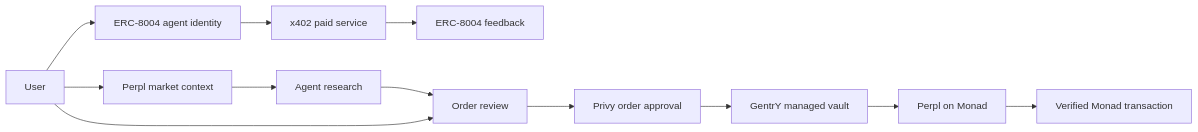
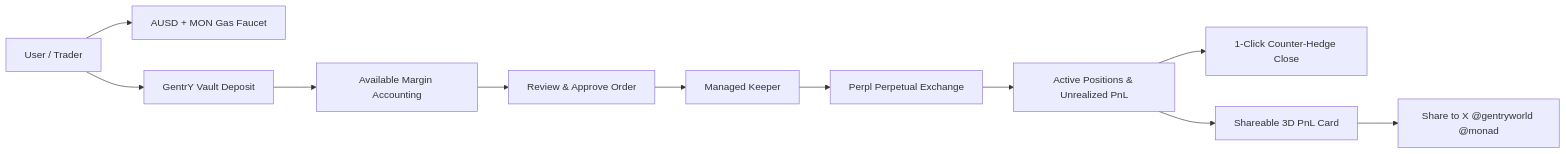
The diagram in README.md (Datwebguy/gentryworld), drawn with Mermaid before and after one commit. The commit also changed other lines of this file, not shown here.

Commit message:
docs: update README with vault collateral system, 3D PnL cards, contract addresses, and architecture

````diff
--- a/README.md
+++ b/README.md
@@ -58,14 +72,13 @@
 ```mermaid
 flowchart LR
-    User[User] --> Market[Perpl market context]
-    Market --> Research[Agent research]
-    User --> Registry[ERC-8004 agent identity]
-    Registry --> Service[x402 paid service]
-    Service --> Feedback[ERC-8004 feedback]
-    Research --> Review[Order review]
-    User --> Review
-    Review --> Approval[Privy order approval]
-    Approval --> Vault[GentrY managed vault]
-    Vault --> Perpl[Perpl on Monad]
-    Perpl --> Proof[Verified Monad transaction]
+    User[User / Trader] --> Faucet[AUSD + MON Gas Faucet]
+    User --> Vault[GentrY Vault Deposit]
+    Vault --> Margin[Available Margin Accounting]
+    Margin --> Order[Review & Approve Order]
+    Order --> Keeper[Managed Keeper]
+    Keeper --> Perpl[Perpl Perpetual Exchange]
+    Perpl --> Position[Active Positions & Unrealized PnL]
+    Position --> Close[1-Click Counter-Hedge Close]
+    Position --> Share[Shareable 3D PnL Card]
+    Share --> X[Share to X @gentryworld @monad]
 ```
````
